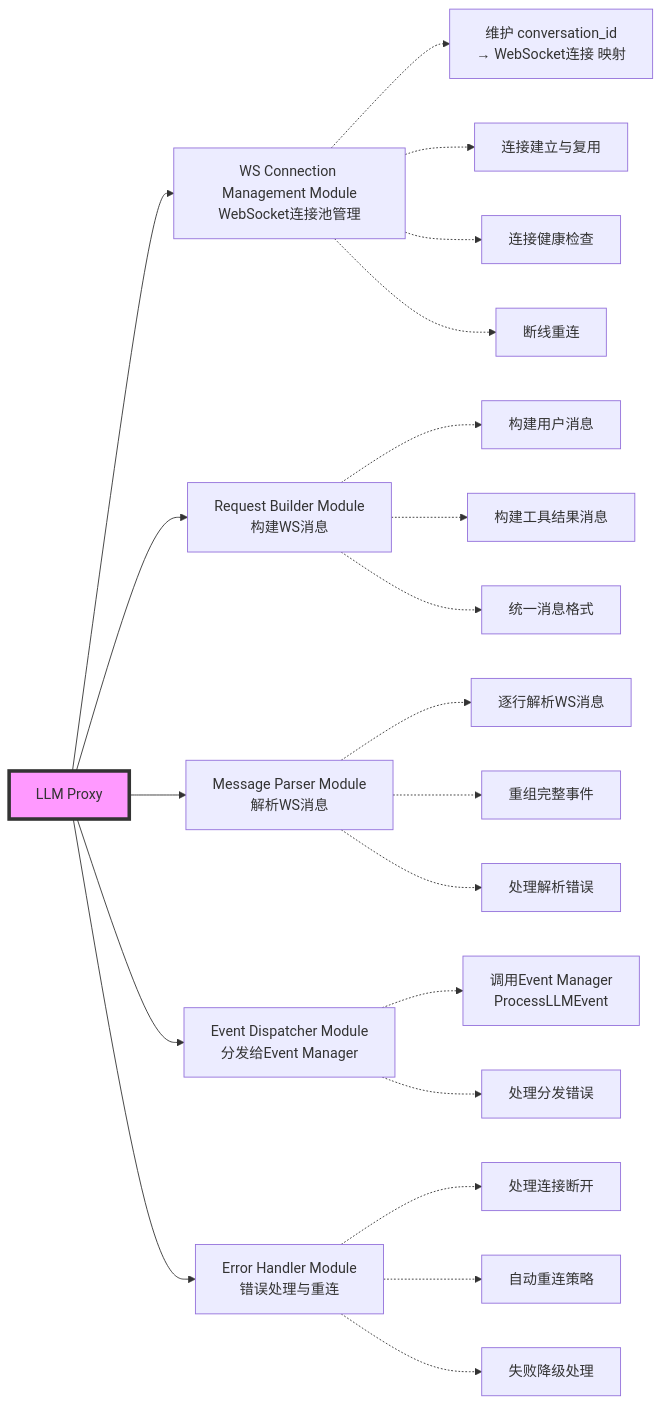
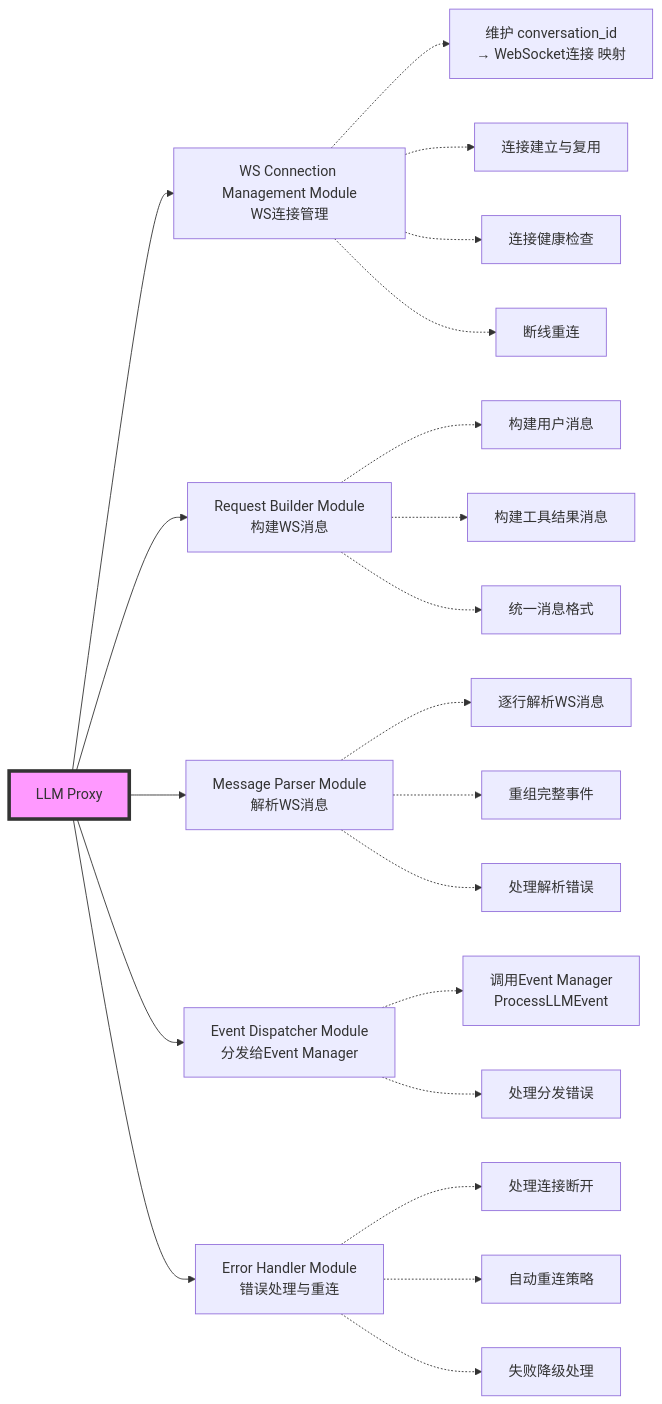
One commit to yingjianzh/iodraw-files changed the diagram in all/任务状态机.md. Above: the diagram before and after it, drawn with Mermaid.

Commit message:
2025-12-25 17:03:41 update

````diff
--- a/all/任务状态机.md
+++ b/all/任务状态机.md
@@ -1,32 +1,32 @@
 ```mermaid
 graph LR
     LP[LLM Proxy]
     
-    LP --> CMM[WS Connection Management Module<br/>WebSocket连接池管理]
+    LP --> CMM[WS Connection Management Module<br/>WS连接管理]
     LP --> RBM[Request Builder Module<br/>构建WS消息]
     LP --> MPM[Message Parser Module<br/>解析WS消息]
     LP --> EDM[Event Dispatcher Module<br/>分发给Event Manager]
     LP --> EHM[Error Handler Module<br/>错误处理与重连]
     
     CMM -.-> CMM1[维护 conversation_id<br/>→ WebSocket连接 映射]
     CMM -.-> CMM2[连接建立与复用]
     CMM -.-> CMM3[连接健康检查]
     CMM -.-> CMM4[断线重连]
     
     RBM -.-> RBM1[构建用户消息]
     RBM -.-> RBM2[构建工具结果消息]
     RBM -.-> RBM3[统一消息格式]
     
     MPM -.-> MPM1[逐行解析WS消息]
     MPM -.-> MPM2[重组完整事件]
     MPM -.-> MPM3[处理解析错误]
     
     EDM -.-> EDM1[调用Event Manager<br/>ProcessLLMEvent]
     EDM -.-> EDM2[处理分发错误]
     
     EHM -.-> EHM1[处理连接断开]
     EHM -.-> EHM2[自动重连策略]
     EHM -.-> EHM3[失败降级处理]
     
     style LP fill:#f9f,stroke:#333,stroke-width:4px
 ```
````
